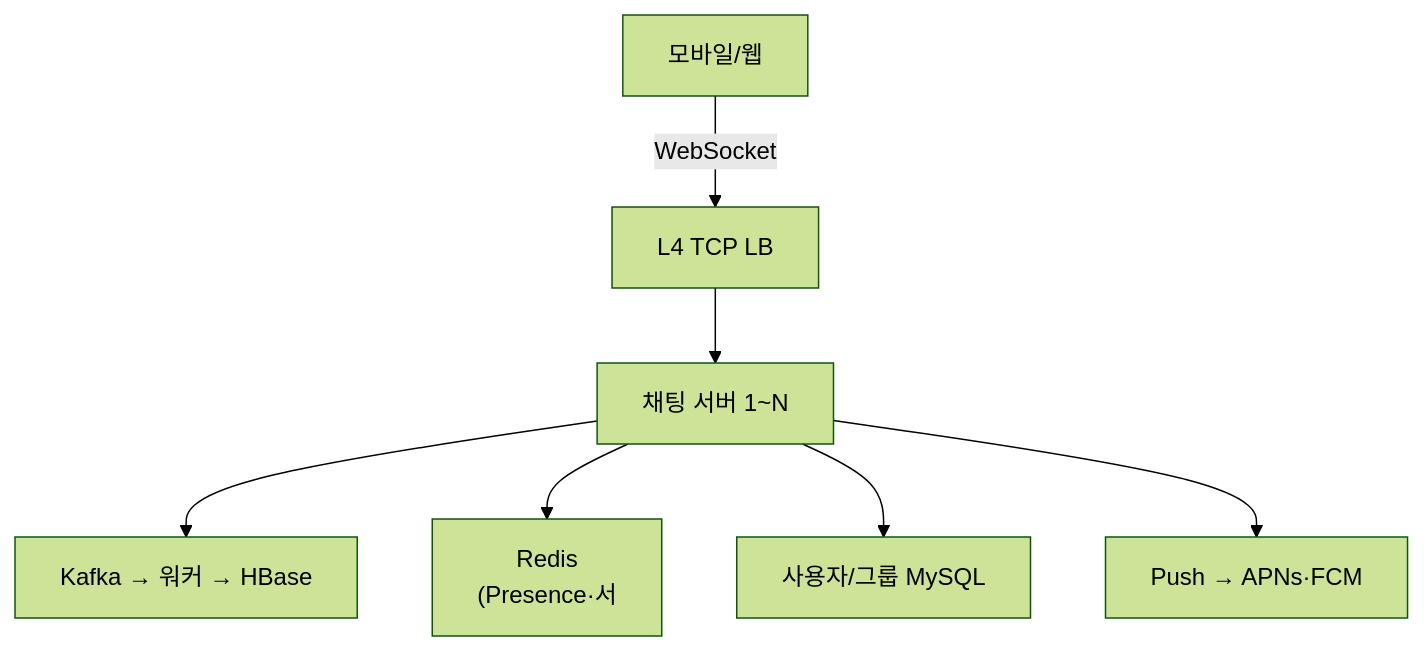
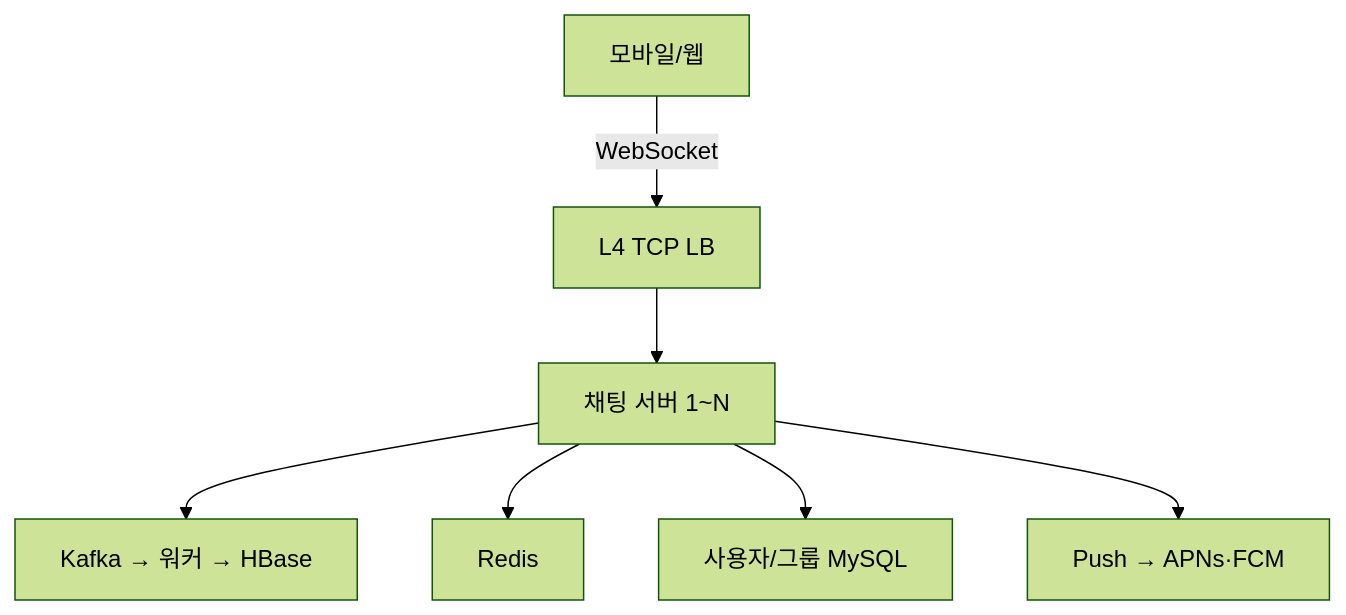
The second of 9 diagrams in _posts/systemdesign/2026-05-02-system-design-chat.md (yjkim2015/yjkim2015.github.io), drawn with Mermaid (forest theme) before and after one commit. The commit also changed other lines of this file and 217 other files, not shown here.

First line of the commit message:
Mermaid 크기 수정: useMaxWidth:true + SVG max-width:100% + 라벨 축소

````diff
--- a/_posts/systemdesign/2026-05-02-system-design-chat.md
+++ b/_posts/systemdesign/2026-05-02-system-design-chat.md
@@ -119,9 +119,9 @@
 ```mermaid
 graph TD
     Client["모바일/웹"] -->|WebSocket| LB["L4 TCP LB"]
     LB --> CS["채팅 서버 1~N"]
     CS --> Kafka["Kafka → 워커 → HBase"]
-    CS --> Redis["Redis\n(Presence·서"]
+    CS --> Redis["Redis"]
     CS --> UserSvc["사용자/그룹 MySQL"]
     CS --> Push["Push → APNs·FCM"]
 ```
````
